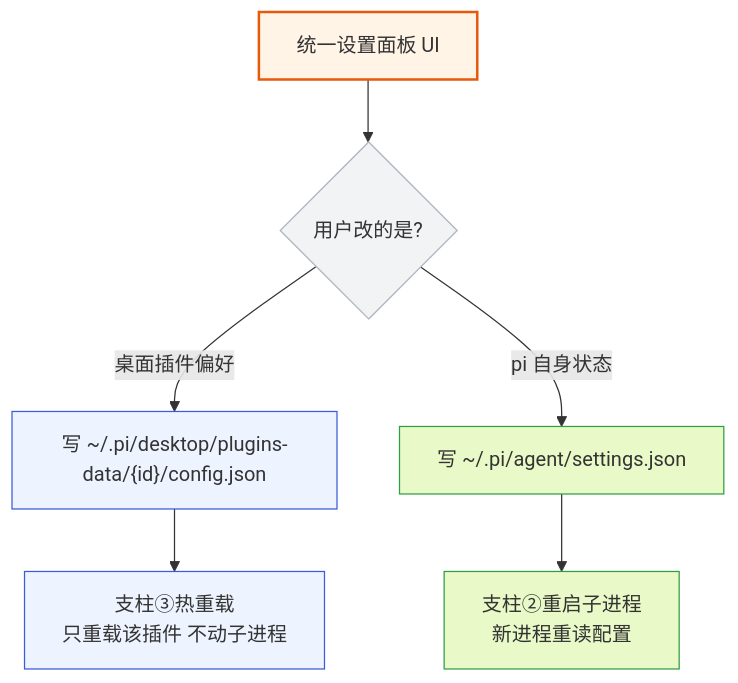
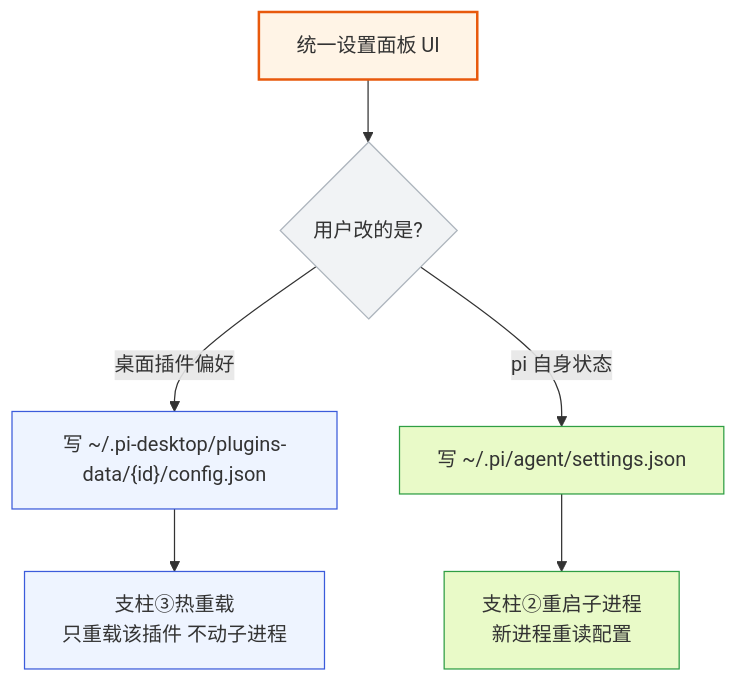
The second of 15 diagrams in docs/modules/03-module-config-ops.md (GOODDAYDAY/my-harness-desktop), drawn with Mermaid before and after one commit. The commit also changed other lines of this file and 21 other files, not shown here.

````diff
--- a/docs/modules/03-module-config-ops.md
+++ b/docs/modules/03-module-config-ops.md
@@ -67,17 +67,17 @@
 ```mermaid
 flowchart TD
     PANEL["统一设置面板 UI"]
     PANEL --> D{"用户改的是?"}
-    D -->|"桌面插件偏好"| DESK["写 ~/.pi/desktop/plugins-data/{id}/config.json"]
+    D -->|"桌面插件偏好"| DESK["写 ~/.pi-desktop/plugins-data/{id}/config.json"]
     D -->|"pi 自身状态"| PI["写 ~/.pi/agent/settings.json"]
     DESK --> RELOAD3["支柱③热重载<br/>只重载该插件 不动子进程"]
     PI --> RESTART["支柱②重启子进程<br/>新进程重读配置"]
     classDef ui fill:#fff4e6,stroke:#e8590c,stroke-width:2px;
     classDef dec fill:#f1f3f5,stroke:#adb5bd;
     classDef desk fill:#eef4ff,stroke:#3b5bdb;
     classDef pi fill:#e9fac8,stroke:#2f9e44;
     class PANEL ui;
     class D dec;
     class DESK,RELOAD3 desk;
     class PI,RESTART pi;
 ```
````
